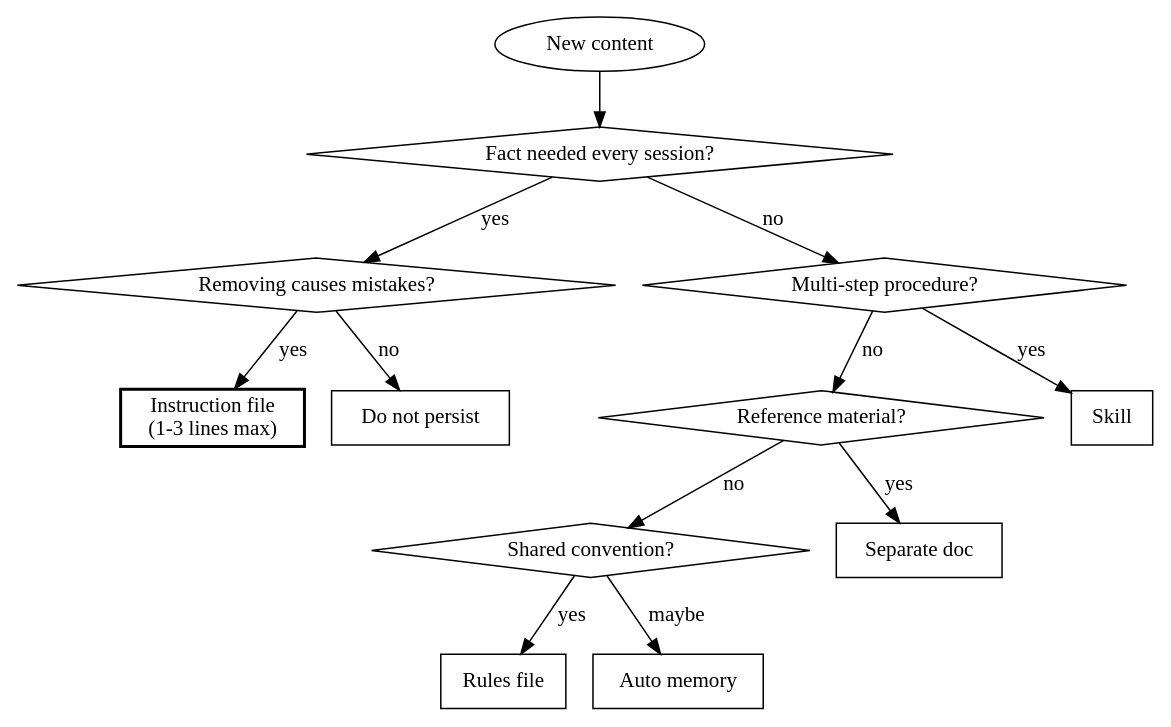
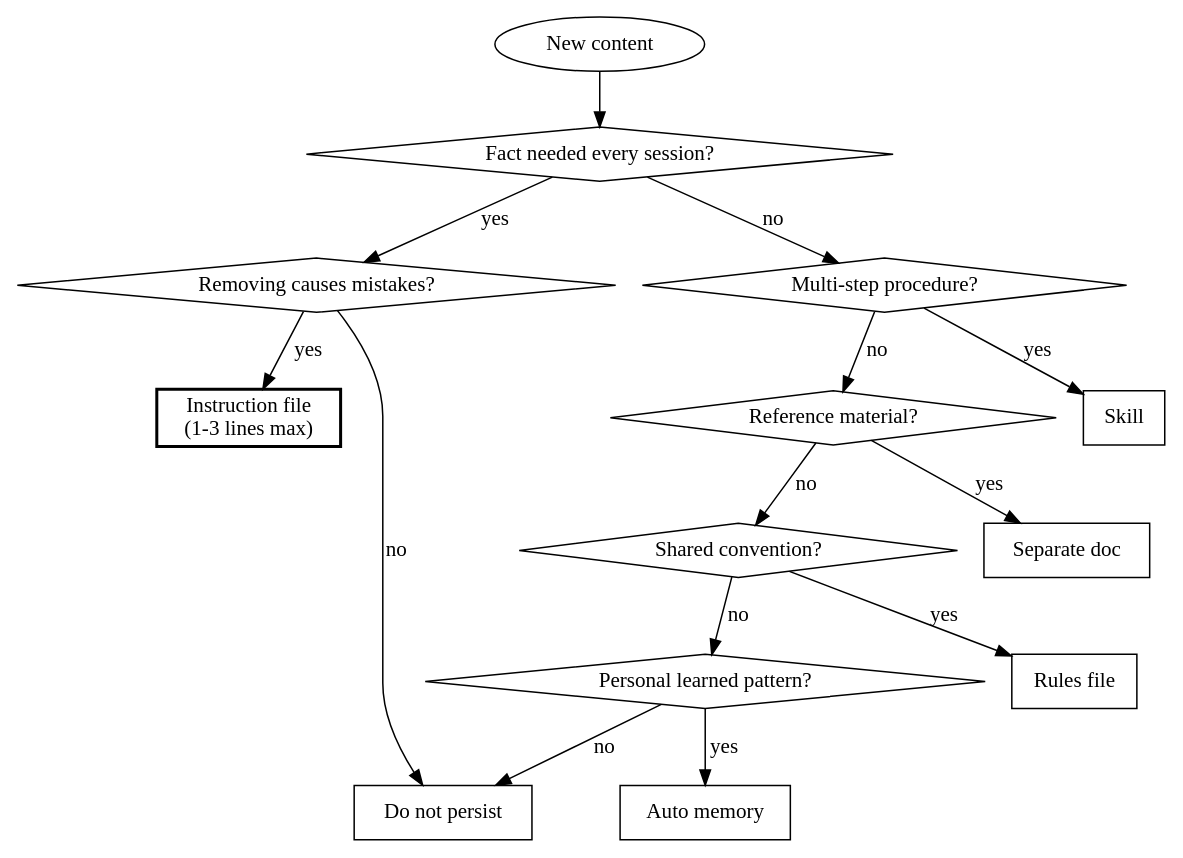
Before and after one commit to ivan-magda/instruction-health-skills: the diagram in instruction-guardian/SKILL.md, drawn with Graphviz. The commit also changed other lines of this file and 6 other files, not shown here.

````diff
--- a/instruction-guardian/SKILL.md
+++ b/instruction-guardian/SKILL.md
@@ -103,29 +106,32 @@
 ```dot
 digraph guardian {
   "New content" [shape=ellipse];
   "Fact needed every session?" [shape=diamond];
   "Removing causes mistakes?" [shape=diamond];
   "Multi-step procedure?" [shape=diamond];
   "Reference material?" [shape=diamond];
   "Shared convention?" [shape=diamond];
+  "Personal learned pattern?" [shape=diamond];
 
   "Instruction file\n(1-3 lines max)" [shape=box, style=bold];
   "Skill" [shape=box];
   "Separate doc" [shape=box];
   "Rules file" [shape=box];
   "Auto memory" [shape=box];
   "Do not persist" [shape=box];
 
   "New content" -> "Fact needed every session?";
   "Fact needed every session?" -> "Removing causes mistakes?" [label="yes"];
   "Removing causes mistakes?" -> "Instruction file\n(1-3 lines max)" [label="yes"];
   "Removing causes mistakes?" -> "Do not persist" [label="no"];
   "Fact needed every session?" -> "Multi-step procedure?" [label="no"];
   "Multi-step procedure?" -> "Skill" [label="yes"];
   "Multi-step procedure?" -> "Reference material?" [label="no"];
   "Reference material?" -> "Separate doc" [label="yes"];
   "Reference material?" -> "Shared convention?" [label="no"];
   "Shared convention?" -> "Rules file" [label="yes"];
-  "Shared convention?" -> "Auto memory" [label="maybe"];
+  "Shared convention?" -> "Personal learned pattern?" [label="no"];
+  "Personal learned pattern?" -> "Auto memory" [label="yes"];
+  "Personal learned pattern?" -> "Do not persist" [label="no"];
 }
 ```
````
